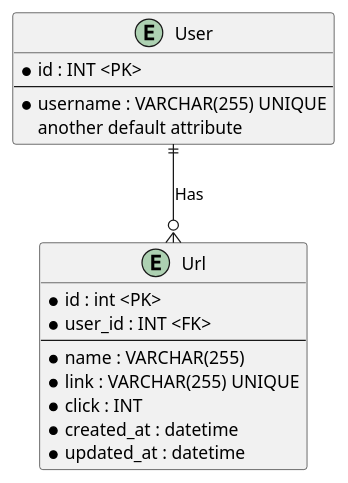
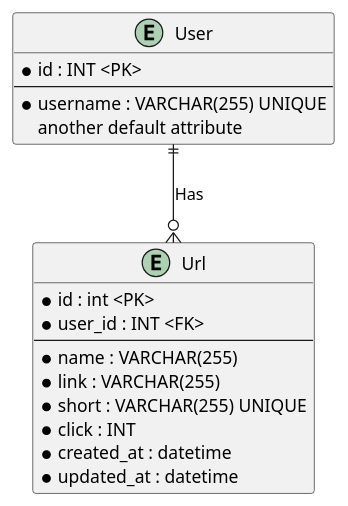
Before and after one commit to codebaradev/laravel-url-shortener: the diagram in erd.plantuml, drawn with PlantUML. The commit also changed 7 other files, not shown here.

```diff
--- a/erd.plantuml
+++ b/erd.plantuml
@@ -1,23 +1,24 @@
 @startuml erd
 
 entity "User" as user {
     * id : INT <PK>
     ---
     * username : VARCHAR(255) UNIQUE
     another default attribute
 }
 
 entity "Url" as url {
     * id : int <PK>
     * user_id : INT <FK>
     ---
     * name : VARCHAR(255)
-    * link : VARCHAR(255) UNIQUE
+    * link : VARCHAR(255)
+    * short : VARCHAR(255) UNIQUE
     * click : INT
     * created_at : datetime
     * updated_at : datetime
 }
 
 user ||--o{ url : "Has"
 
 @enduml
```
